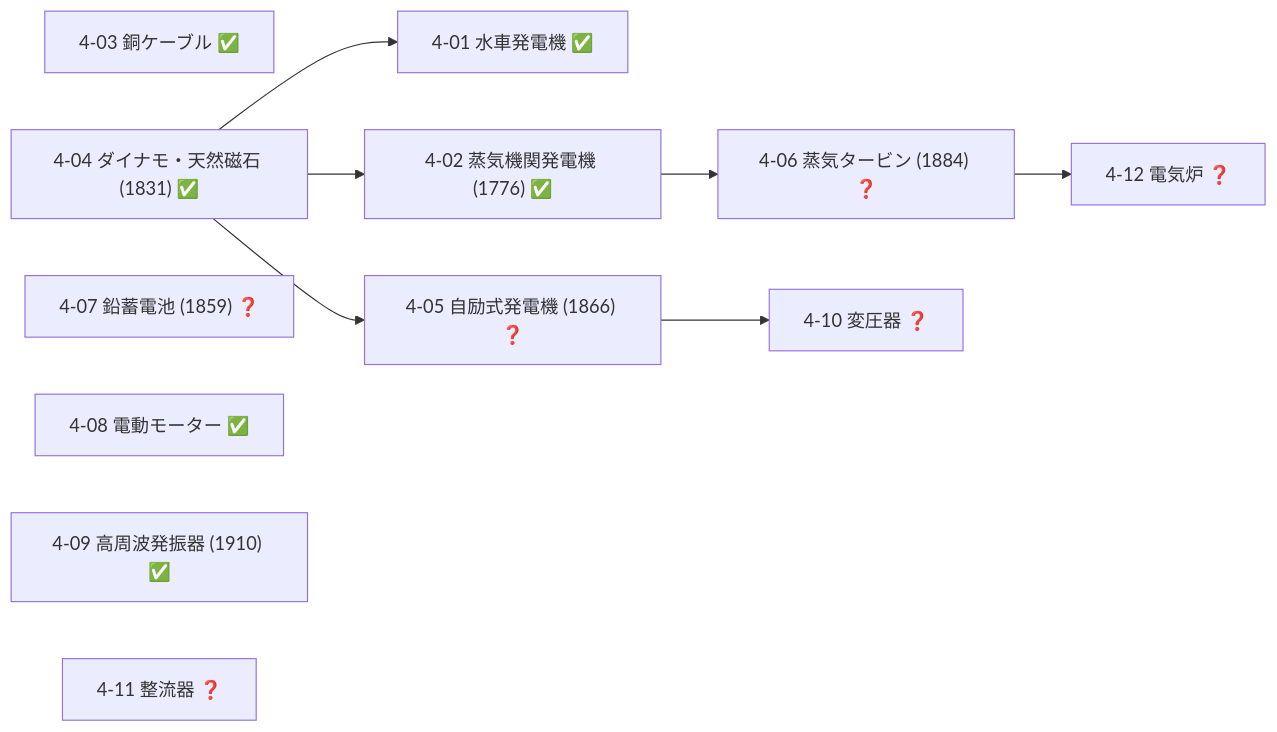
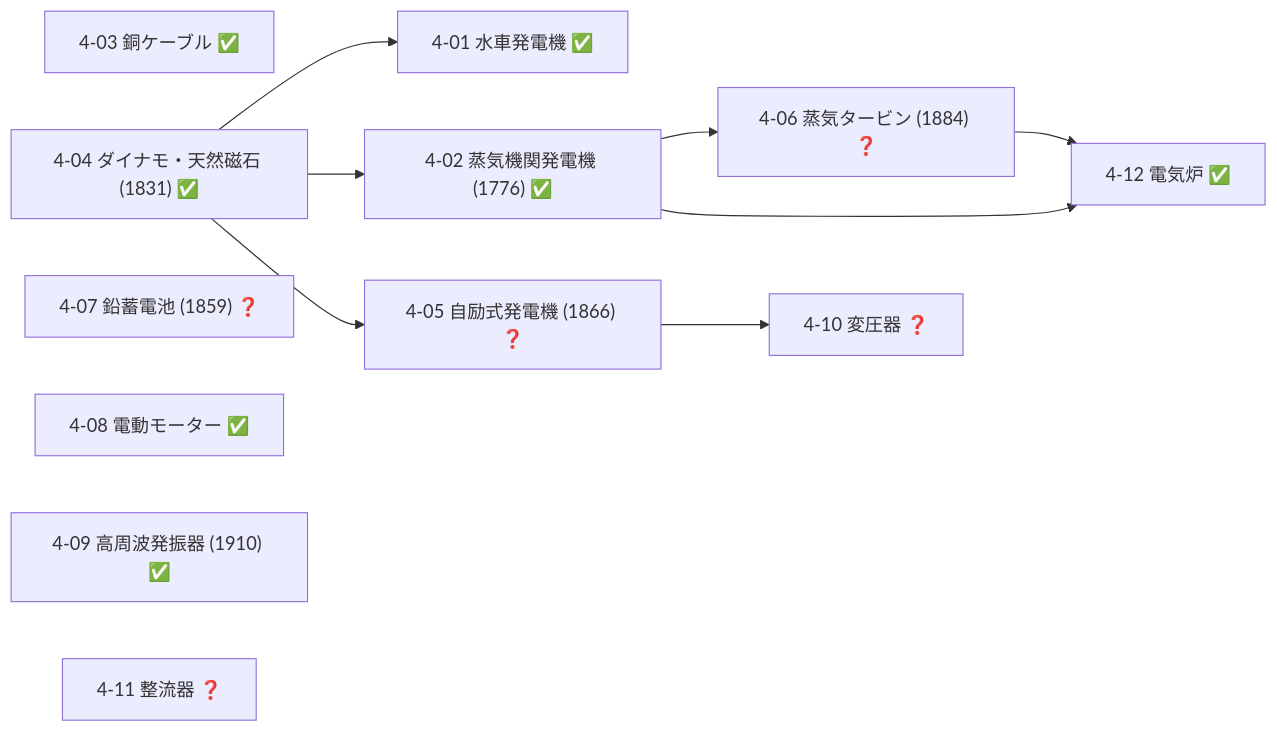
One commit to taku3i0317-collab/semiconductor-lab changed the seventh of 19 diagrams in docs/TECH_TREE_VIEW.md. Above: the diagram before and after it, drawn with Mermaid. The commit also changed other lines of this file and 5 other files, not shown here.

````diff
--- a/docs/TECH_TREE_VIEW.md
+++ b/docs/TECH_TREE_VIEW.md
@@ -342,21 +342,22 @@
 ```mermaid
 graph LR
   n4_01["4-01 水車発電機 ✅"]
   n4_02["4-02 蒸気機関発電機 (1776) ✅"]
   n4_03["4-03 銅ケーブル ✅"]
   n4_04["4-04 ダイナモ・天然磁石 (1831) ✅"]
   n4_05["4-05 自励式発電機 (1866) ❓"]
   n4_06["4-06 蒸気タービン (1884) ❓"]
   n4_07["4-07 鉛蓄電池 (1859) ❓"]
   n4_08["4-08 電動モーター ✅"]
   n4_09["4-09 高周波発振器 (1910) ✅"]
   n4_10["4-10 変圧器 ❓"]
   n4_11["4-11 整流器 ❓"]
-  n4_12["4-12 電気炉 ❓"]
+  n4_12["4-12 電気炉 ✅"]
   n4_04-->n4_01
   n4_04-->n4_02
   n4_04-->n4_05
   n4_02-->n4_06
   n4_05-->n4_10
+  n4_02-->n4_12
   n4_06-->n4_12
 ```
````
